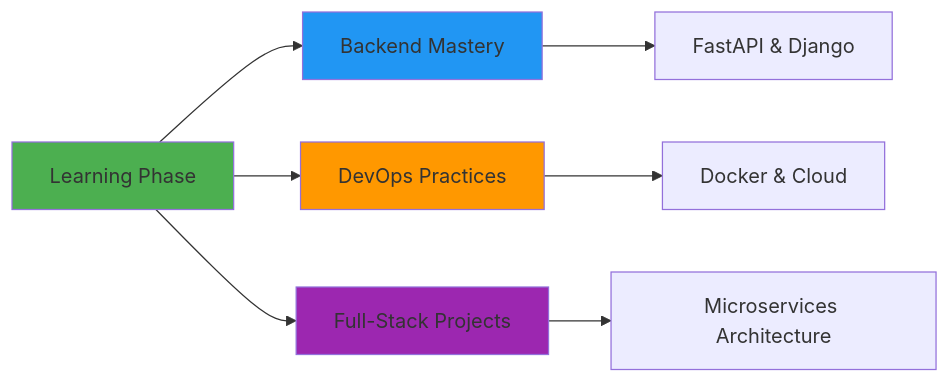
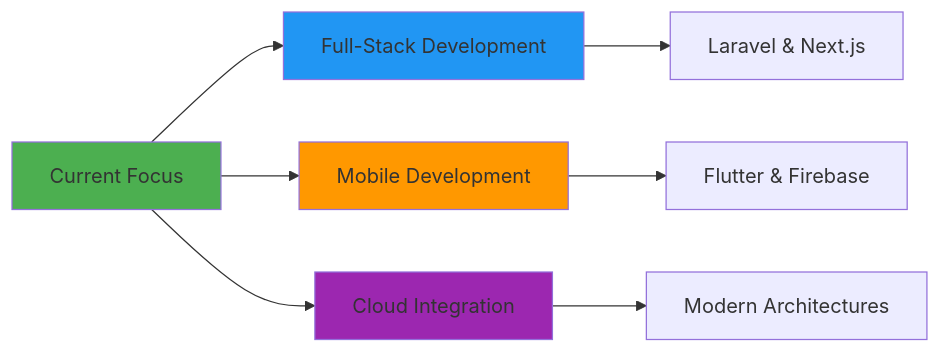
The first of 5 diagrams in README.md (Namidu99/Namidu99), drawn with Mermaid before and after one commit. The commit also changed other lines of this file, not shown here.

````diff
--- a/README.md
+++ b/README.md
@@ -32,14 +32,14 @@
 ```mermaid
 graph LR
-    A[Learning Phase] --> B[Backend Mastery]
-    A --> C[DevOps Practices]
-    A --> D[Full-Stack Projects]
-    B --> E[FastAPI & Django]
-    C --> F[Docker & Cloud]
-    D --> G[Microservices Architecture]
+    A[Current Focus] --> B[Full-Stack Development]
+    A --> C[Mobile Development]
+    A --> D[Cloud Integration]
+    B --> E[Laravel & Next.js]
+    C --> F[Flutter & Firebase]
+    D --> G[Modern Architectures]
     
     style A fill:#4CAF50
     style B fill:#2196F3
     style C fill:#FF9800
     style D fill:#9C27B0
 ```
````
